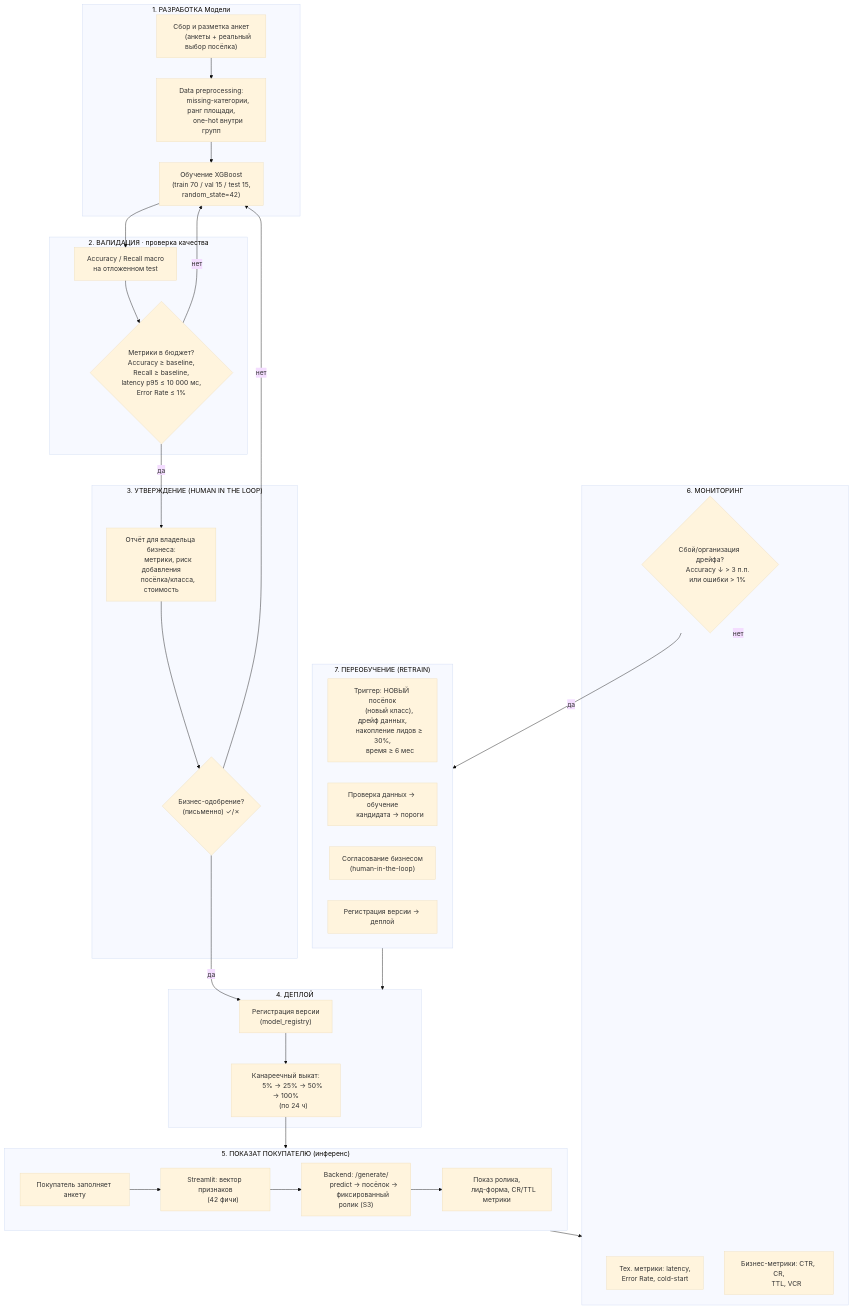
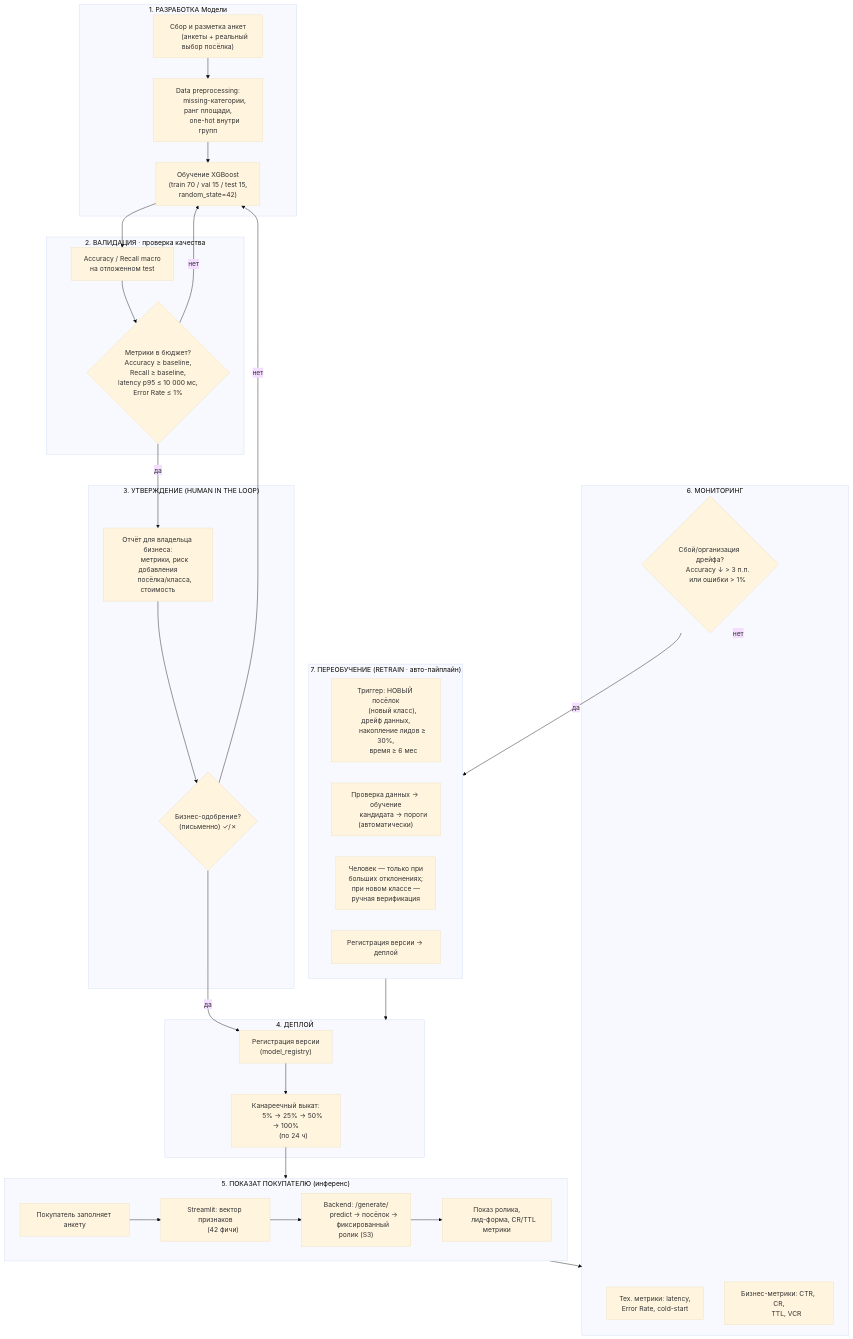
Before and after one commit to AnnaKuznetsova-dotcom/video_app_a_production: the diagram in Model_BPMN.md, drawn with Mermaid (base theme). The commit also changed other lines of this file and 8 other files, not shown here.

Commit message:
Add manager-level horizontal lifecycle/retrain diagrams; auto-retrain semantics; poetry quickstart

```diff
--- a/Model_BPMN.md
+++ b/Model_BPMN.md
@@ -67,15 +67,17 @@
         или ошибки > 1%"}
     end
 
-    subgraph RETRAIN["7. ПЕРЕОБУЧЕНИЕ (RETRAIN)"]
+    subgraph RETRAIN["7. ПЕРЕОБУЧЕНИЕ (RETRAIN · авто-пайплайн)"]
         RT1["Триггер: НОВЫЙ посёлок
         (новый класс), дрейф данных,
         накопление лидов ≥ 30%,
         время ≥ 6 мес"]
         RT2["Проверка данных → обучение
-        кандидата → пороги"]
-        RT3["Согласование бизнесом
-        (human-in-the-loop)"]
+        кандидата → пороги<br/>(автоматически)"]
+        RT3["Человек — только при
+        больших отклонениях;
+        при новом классе —
+        ручная верификация"]
         RT4["Регистрация версии → деплой"]
     end
 
```
